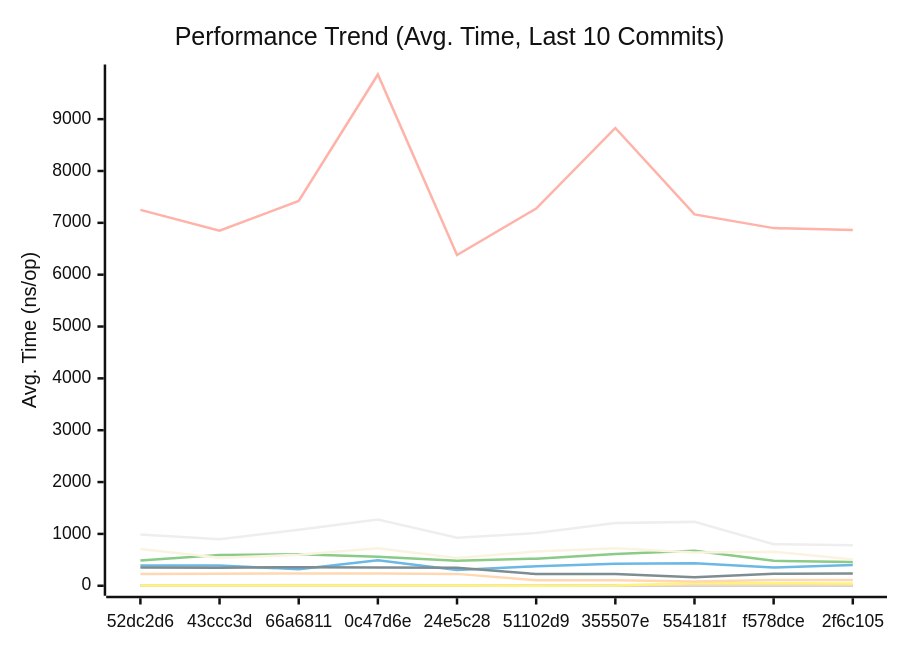
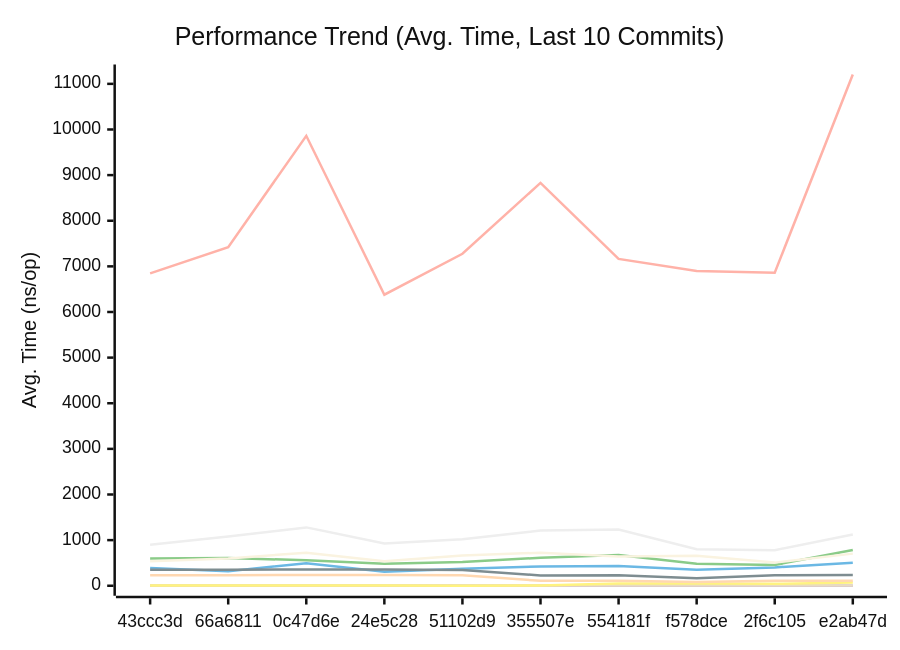
One commit to alsotoes/momo changed the first of 3 diagrams in docs/PERFORMANCE.md. Above: the diagram before and after it, drawn with Mermaid (neutral theme). The commit also changed other lines of this file and 3 other files, not shown here.

````diff
--- a/docs/PERFORMANCE.md
+++ b/docs/PERFORMANCE.md
@@ -128,18 +130,18 @@
 ```mermaid
 xychart-beta
     title "Performance Trend (Avg. Time, Last 10 Commits)"
     x-axis "Commit"
     y-axis "Avg. Time (ns/op)"
-    x-axis [52dc2d6,43ccc3d,66a6811,0c47d6e,24e5c28,51102d9,355507e,554181f,f578dce,2f6c105]
-    line "CheckMetricsAndSwap" [10,11,13,13,9,12,13,13,10,9]
-    line "CrushOptimized" [390,390,319,494,306,375,422,435,352,402]
-    line "CrushOriginal" [485,595,606,560,480,523,612,676,481,456]
-    line "IndexDirectTracking" [0,0,0,1,0,0,1,1,0,0]
-    line "IndexSearch" [3,3,3,4,3,4,3,4,3,3]
-    line "LoadGlobalConfig" [7250,6847,7422,9861,6379,7276,8830,7163,6898,6860]
-    line "PadString" [3,3,3,3,3,2,3,48,47,43]
+    x-axis [43ccc3d,66a6811,0c47d6e,24e5c28,51102d9,355507e,554181f,f578dce,2f6c105,e2ab47d]
+    line "CheckMetricsAndSwap" [11,13,13,9,12,13,13,10,9,11]
+    line "CrushOptimized" [390,319,494,306,375,422,435,352,402,502]
+    line "CrushOriginal" [595,606,560,480,523,612,676,481,456,783]
+    line "IndexDirectTracking" [0,0,1,0,0,1,1,0,0,0]
+    line "IndexSearch" [3,3,4,3,4,3,4,3,3,3]
+    line "LoadGlobalConfig" [6847,7422,9861,6379,7276,8830,7163,6898,6860,11205]
+    line "PadString" [3,3,3,3,2,3,48,47,43,69]
     line "ParseReplicationOrder_NoPrealloc" [350,349,357,354,345,225,229,165,232,234]
     line "ParseReplicationOrder_Prealloc" [229,231,237,234,229,108,107,80,110,109]
-    line "SanitizeLog/Safe" [708,538,598,725,535,663,724,642,658,507]
-    line "SanitizeLog/Unsafe" [990,899,1078,1279,926,1017,1209,1232,802,779]
+    line "SanitizeLog/Safe" [538,598,725,535,663,724,642,658,507,704]
+    line "SanitizeLog/Unsafe" [899,1078,1279,926,1017,1209,1232,802,779,1122]
 ```
````
